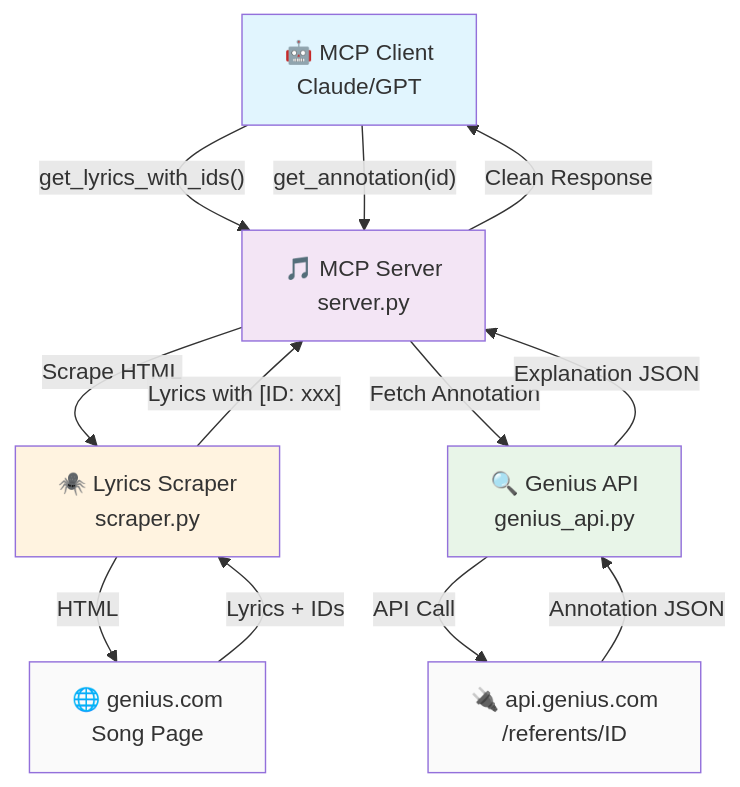
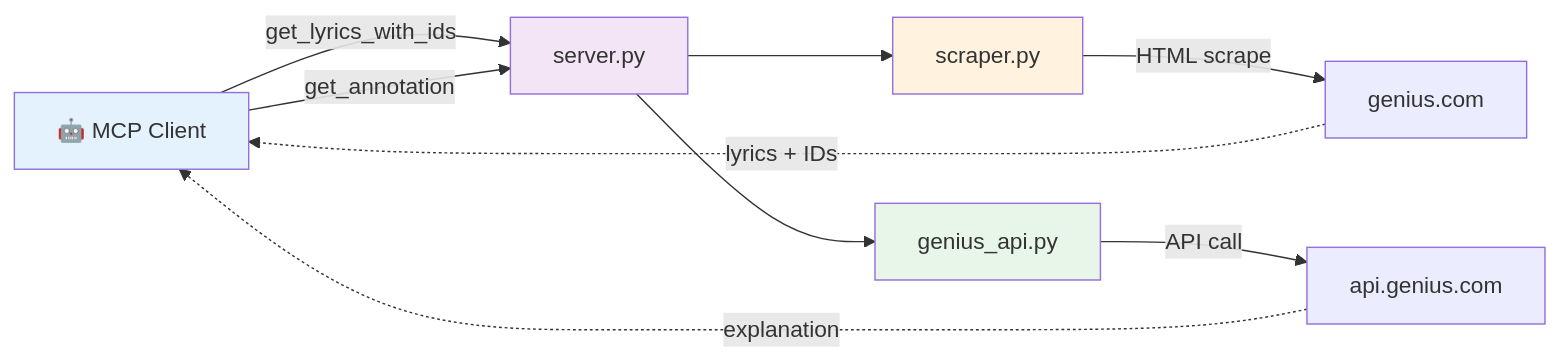
Before and after one commit to or-ben-harosh/genius_mcp: the diagram in README.md, drawn with Mermaid. The commit also changed other lines of this file, not shown here.

````diff
--- a/README.md
+++ b/README.md
@@ -15,26 +15,19 @@
 ```mermaid
-graph TD
-    A[🤖 MCP Client<br/>Claude/GPT] -->|"get_lyrics_with_ids()"| B[🎵 MCP Server<br/>server.py]
-    A -->|"get_annotation(id)"| B
+graph LR
+    A[🤖 MCP Client] -->|get_lyrics_with_ids| B[server.py]
+    A -->|get_annotation| B
     
-    B -->|"Scrape HTML"| C[🕷️ Lyrics Scraper<br/>scraper.py]
-    B -->|"Fetch Annotation"| D[🔍 Genius API<br/>genius_api.py]
+    B --> C[scraper.py]
+    B --> D[genius_api.py]
     
-    C -->|"HTML"| E[🌐 genius.com<br/>Song Page]
-    D -->|"API Call"| F[🔌 api.genius.com<br/>/referents/ID]
+    C -->|HTML scrape| E[genius.com]
+    D -->|API call| F[api.genius.com]
     
-    E -->|"Lyrics + IDs"| C
-    F -->|"Annotation JSON"| D
+    E -.->|lyrics + IDs| A
+    F -.->|explanation| A
     
-    C -->|"Lyrics with [ID: xxx]"| B
-    D -->|"Explanation JSON"| B
-    
-    B -->|"Clean Response"| A
-    
-    style A fill:#e1f5fe
+    style A fill:#e3f2fd
     style B fill:#f3e5f5
     style C fill:#fff3e0
-    style D fill:#e8f5e8
-    style E fill:#fafafa
-    style F fill:#fafafa
+    style D fill:#e8f5e9
 ```
````
